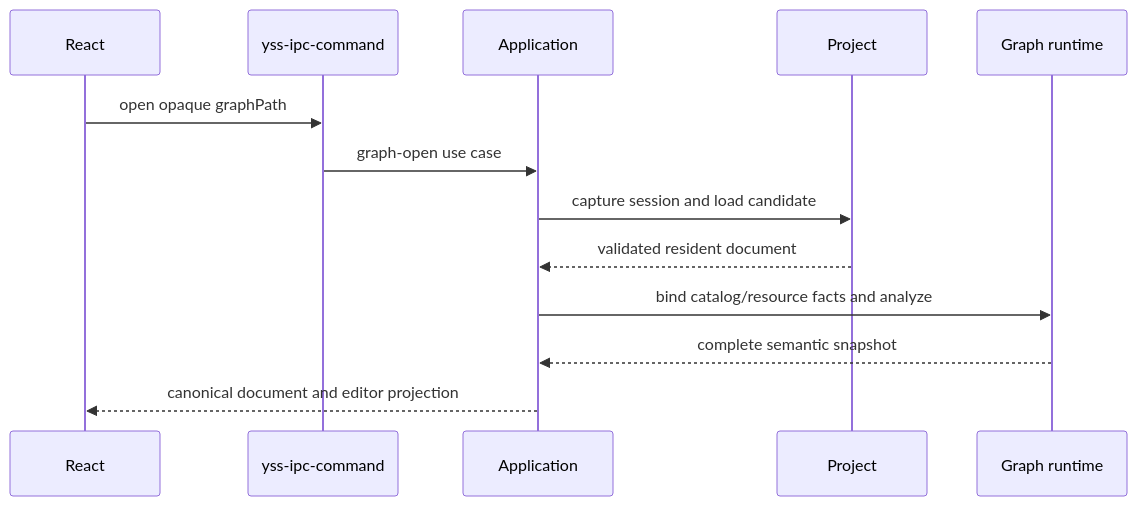
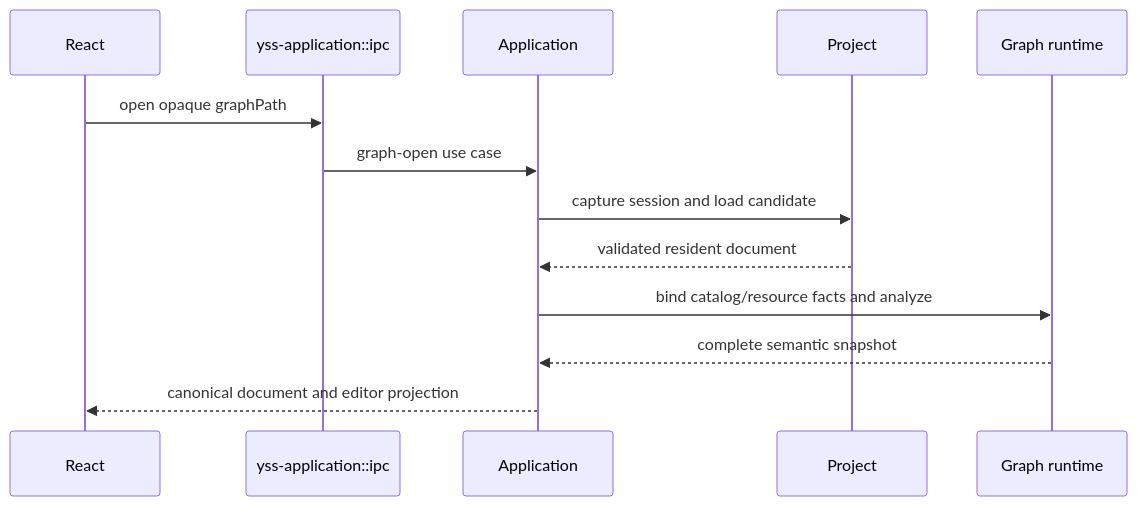
Before and after one commit to zhouyi207/YssBI: the second of 2 diagrams in docs/architecture/ARCHITECTURE.md, drawn with Mermaid. The commit also changed other lines of this file and 18 other files, not shown here.

Commit message:
docs(architecture): document application composition and crate roles

````diff
--- a/docs/architecture/ARCHITECTURE.md
+++ b/docs/architecture/ARCHITECTURE.md
@@ -146,15 +146,15 @@
 ```mermaid
 sequenceDiagram
   participant UI as React
-  participant API as yss-ipc-command
+  participant API as yss-application::ipc
   participant APP as Application
   participant P as Project
   participant G as Graph runtime
   UI->>API: open opaque graphPath
   API->>APP: graph-open use case
   APP->>P: capture session and load candidate
   P-->>APP: validated resident document
   APP->>G: bind catalog/resource facts and analyze
   G-->>APP: complete semantic snapshot
   APP-->>UI: canonical document and editor projection
 ```
````
